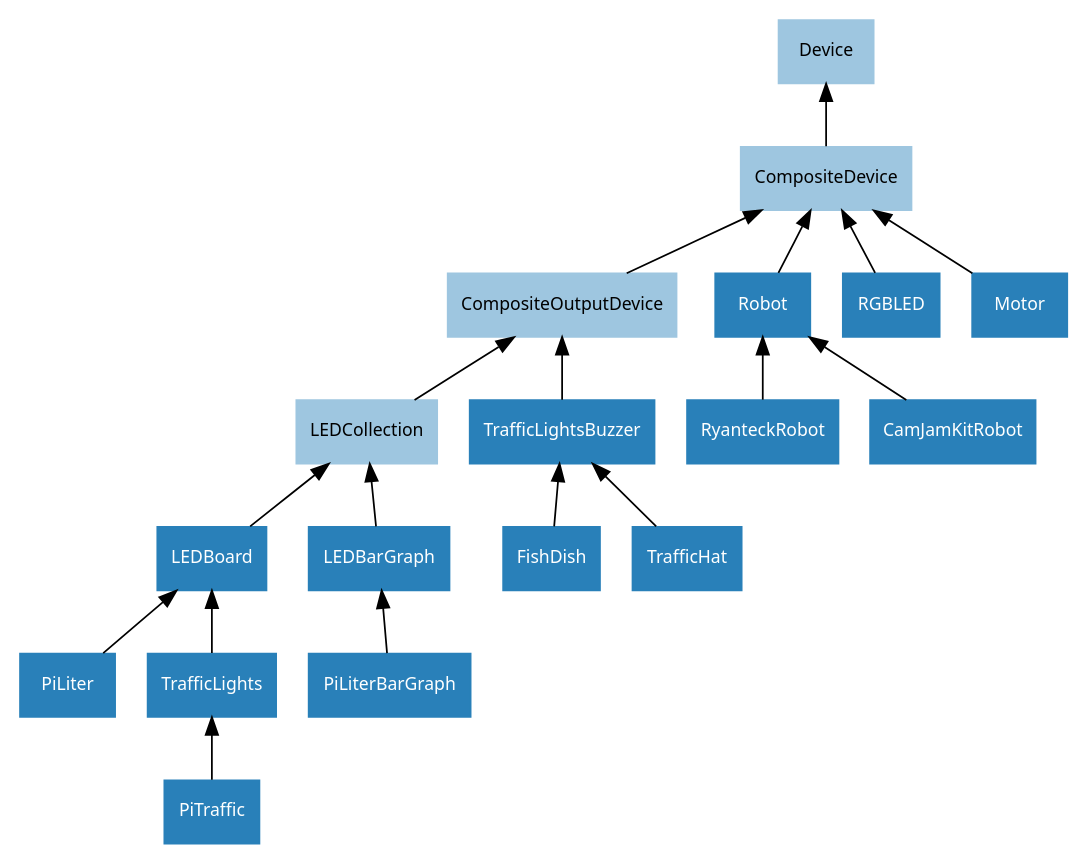
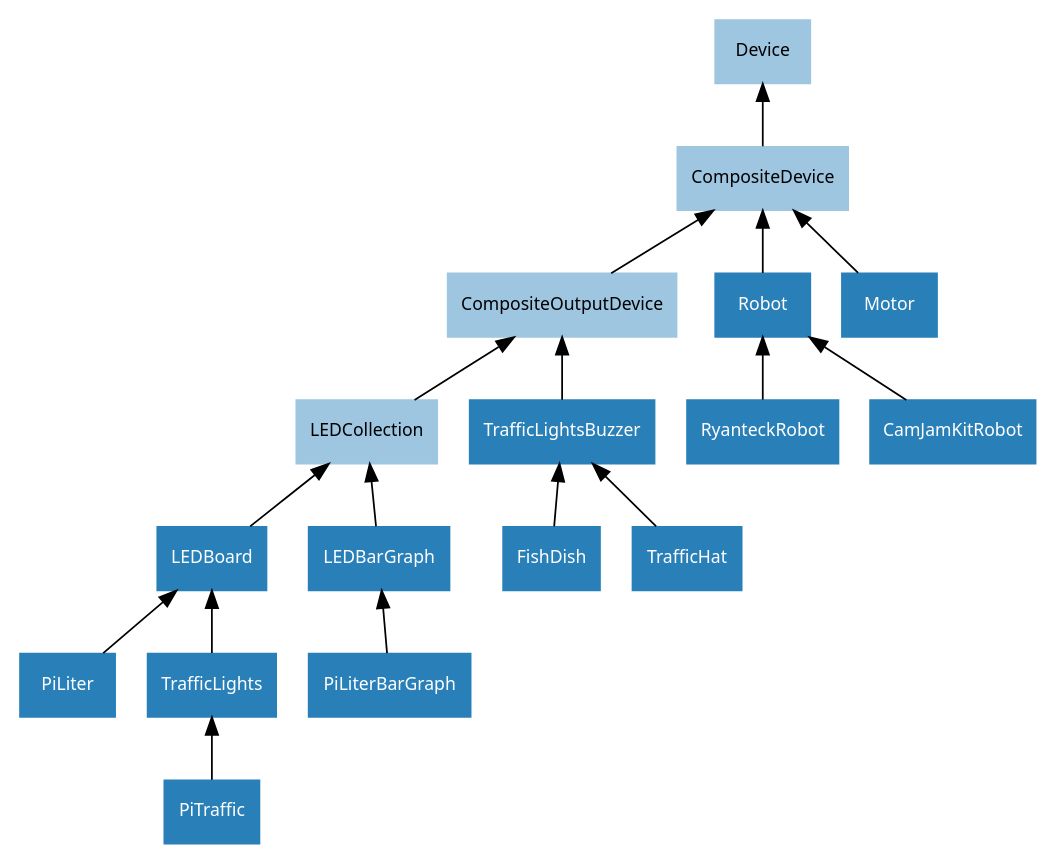
Before and after one commit to gpiozero/gpiozero: the diagram in docs/images/composite_device_hierarchy.dot, drawn with Graphviz. The commit also changed 27 other files, not shown here.

```diff
--- a/docs/images/composite_device_hierarchy.dot
+++ b/docs/images/composite_device_hierarchy.dot
@@ -1,37 +1,36 @@
 /* vim: set et sw=4 sts=4: */
 
 digraph classes {
     graph [rankdir=BT];
     node [shape=rect, style=filled, fontname=Sans, fontsize=10];
     edge [];
 
     /* Abstract classes */
     node [color="#9ec6e0", fontcolor="#000000"]
     Device;
     CompositeDevice;
     CompositeOutputDevice;
     LEDCollection;
 
     /* Concrete classes */
     node [color="#2980b9", fontcolor="#ffffff"];
     CompositeDevice->Device;
     CompositeOutputDevice->CompositeDevice;
     LEDCollection->CompositeOutputDevice;
 
     LEDBoard->LEDCollection;
     LEDBarGraph->LEDCollection;
 
     PiLiter->LEDBoard;
     PiLiterBarGraph->LEDBarGraph;
     TrafficLights->LEDBoard;
     PiTraffic->TrafficLights;
     TrafficLightsBuzzer->CompositeOutputDevice;
     FishDish->TrafficLightsBuzzer;
     TrafficHat->TrafficLightsBuzzer;
     Robot->CompositeDevice;
     RyanteckRobot->Robot;
     CamJamKitRobot->Robot;
 
-    RGBLED->CompositeDevice;
     Motor->CompositeDevice;
 }
```
